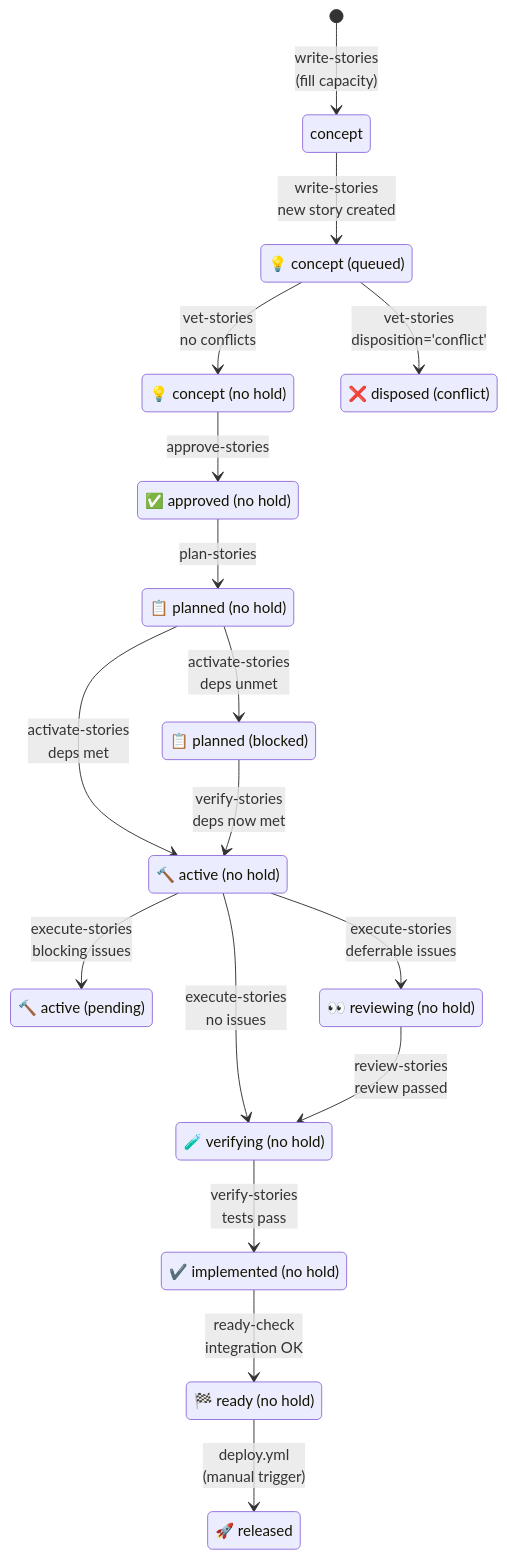
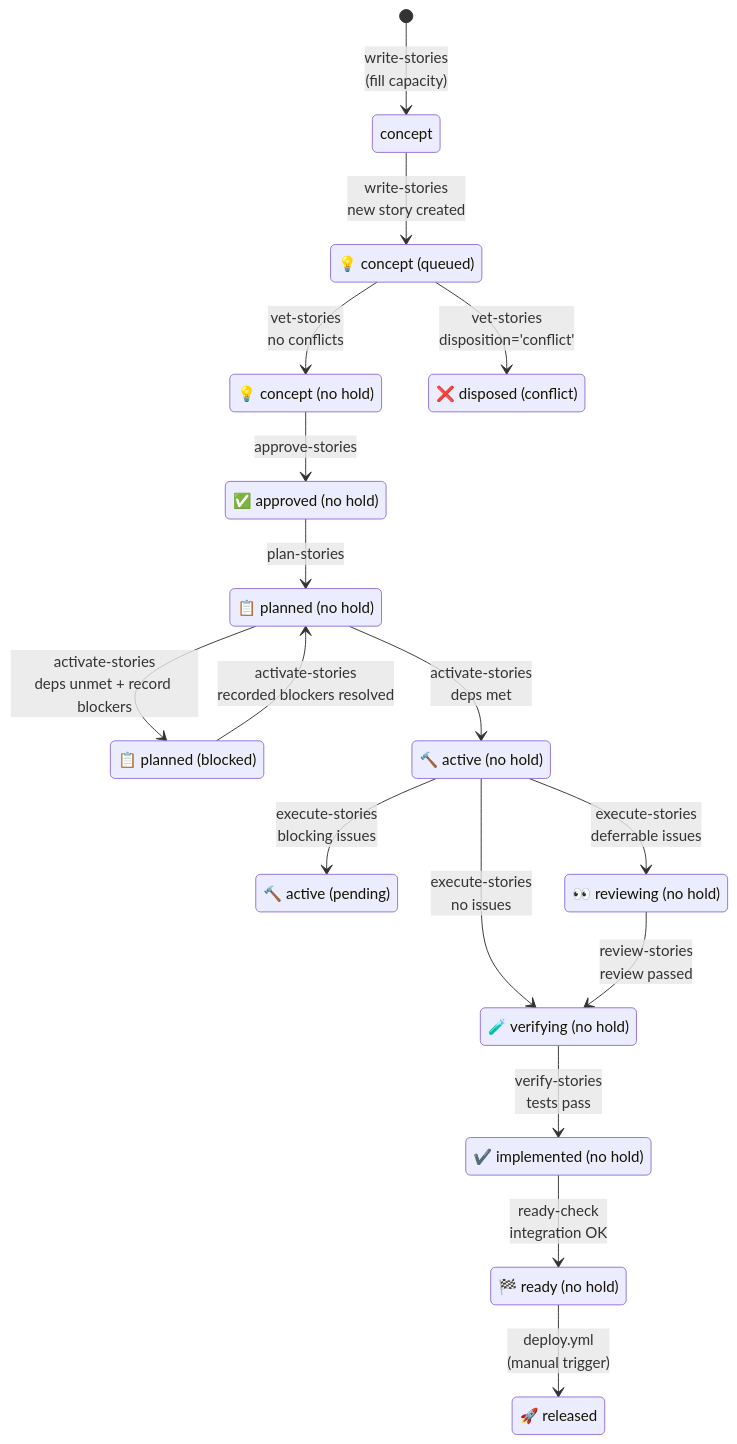
The first of 4 diagrams in .claude/skills/story-tree/references/orchestrator-workflow-complete.md (Mharbulous/SyncoPaid), drawn with Mermaid before and after one commit. The commit also changed other lines of this file, not shown here.

````diff
--- a/.claude/skills/story-tree/references/orchestrator-workflow-complete.md
+++ b/.claude/skills/story-tree/references/orchestrator-workflow-complete.md
@@ -29,45 +29,45 @@
 ```mermaid
 stateDiagram-v2
     direction TB
 
     [*] --> concept: write-stories<br/>(fill capacity)
 
     state "💡 concept (queued)" as CONCEPT_QUEUED
     state "💡 concept (no hold)" as CONCEPT
     state "✅ approved (no hold)" as APPROVED
     state "📋 planned (no hold)" as PLANNED
     state "📋 planned (blocked)" as PLANNED_BLOCKED
     state "🔨 active (no hold)" as ACTIVE
     state "🔨 active (pending)" as ACTIVE_PENDING
     state "👀 reviewing (no hold)" as REVIEWING
     state "🧪 verifying (no hold)" as VERIFYING
     state "✔️ implemented (no hold)" as IMPLEMENTED
     state "🏁 ready (no hold)" as READY
     state "🚀 released" as RELEASED
     state "❌ disposed (conflict)" as DISPOSED
 
     concept --> CONCEPT_QUEUED: write-stories<br/>new story created
 
     CONCEPT_QUEUED --> CONCEPT: vet-stories<br/>no conflicts
     CONCEPT_QUEUED --> DISPOSED: vet-stories<br/>disposition='conflict'
 
     CONCEPT --> APPROVED: approve-stories
 
     APPROVED --> PLANNED: plan-stories
 
     PLANNED --> ACTIVE: activate-stories<br/>deps met
-    PLANNED --> PLANNED_BLOCKED: activate-stories<br/>deps unmet
-    PLANNED_BLOCKED --> ACTIVE: verify-stories<br/>deps now met
+    PLANNED --> PLANNED_BLOCKED: activate-stories<br/>deps unmet + record blockers
+    PLANNED_BLOCKED --> PLANNED: activate-stories<br/>recorded blockers resolved
 
     ACTIVE --> REVIEWING: execute-stories<br/>deferrable issues
     ACTIVE --> VERIFYING: execute-stories<br/>no issues
     ACTIVE --> ACTIVE_PENDING: execute-stories<br/>blocking issues
 
     REVIEWING --> VERIFYING: review-stories<br/>review passed
 
     VERIFYING --> IMPLEMENTED: verify-stories<br/>tests pass
 
     IMPLEMENTED --> READY: ready-check<br/>integration OK
 
     READY --> RELEASED: deploy.yml<br/>(manual trigger)
 ```
````
